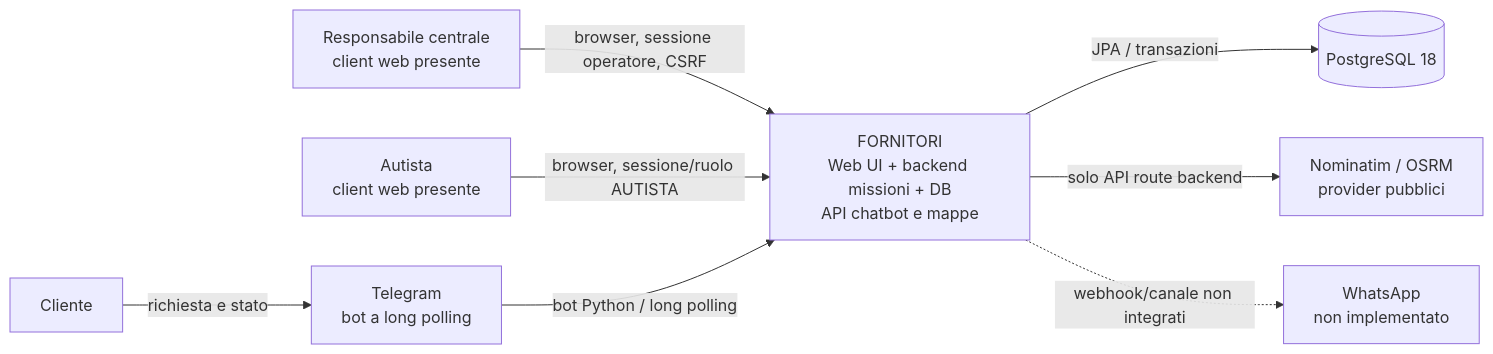
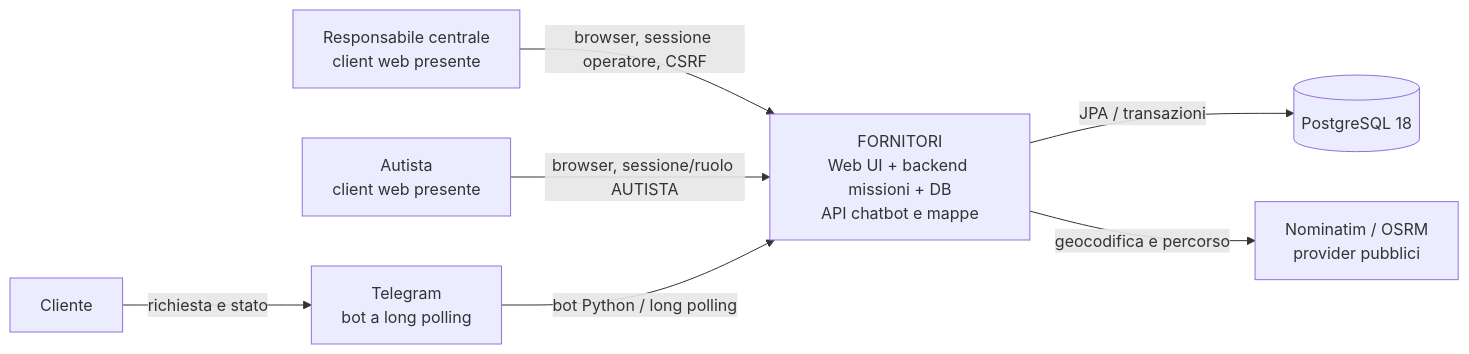
One commit to coluccimarco/fornitori-soccorso changed the diagram in docs/diagrams/system_context.mmd. Above: the diagram before and after it, drawn with Mermaid. The commit also changed 75 other files, not shown here.

```diff
--- a/docs/diagrams/system_context.mmd
+++ b/docs/diagrams/system_context.mmd
@@ -1,17 +1,15 @@
 %% C4-inspired system context; solid connections are present in code.
 flowchart LR
     Ops["Responsabile centrale<br/>client web presente"]
     Driver["Autista<br/>client web presente"]
     Customer["Cliente"]
     System["FORNITORI<br/>Web UI + backend missioni + DB<br/>API chatbot e mappe"]
     Telegram["Telegram<br/>bot a long polling"]
     PostgreSQL[("PostgreSQL 18")]
     Maps["Nominatim / OSRM<br/>provider pubblici"]
-    WhatsApp["WhatsApp<br/>non implementato"]
     Ops -->|"browser, sessione operatore, CSRF"| System
     Driver -->|"browser, sessione/ruolo AUTISTA"| System
     Customer -->|"richiesta e stato"| Telegram
     Telegram -->|"bot Python / long polling"| System
     System -->|"JPA / transazioni"| PostgreSQL
-    System -->|"solo API route backend"| Maps
-    System -. "webhook/canale non integrati" .-> WhatsApp
+    System -->|"geocodifica e percorso"| Maps
```
